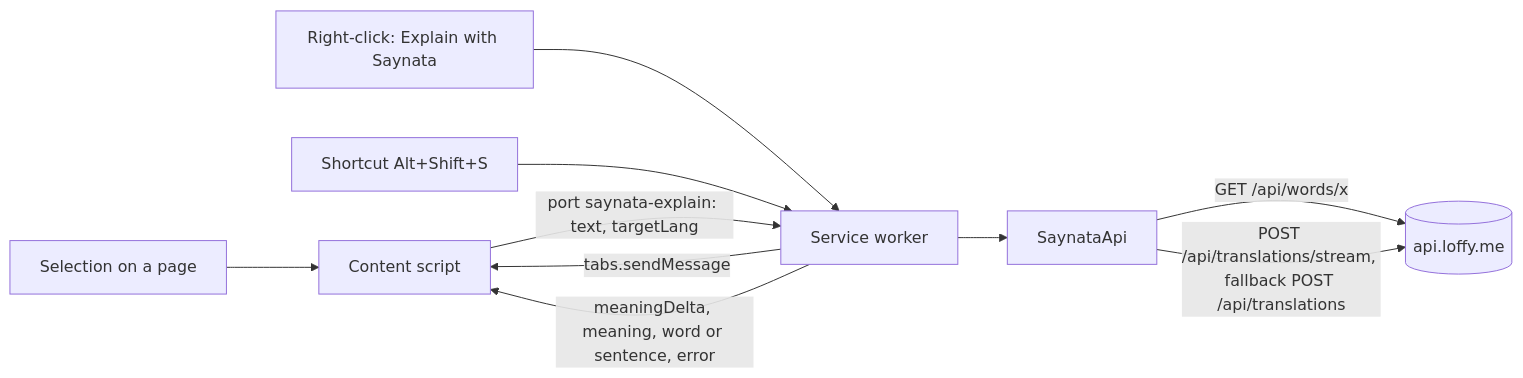
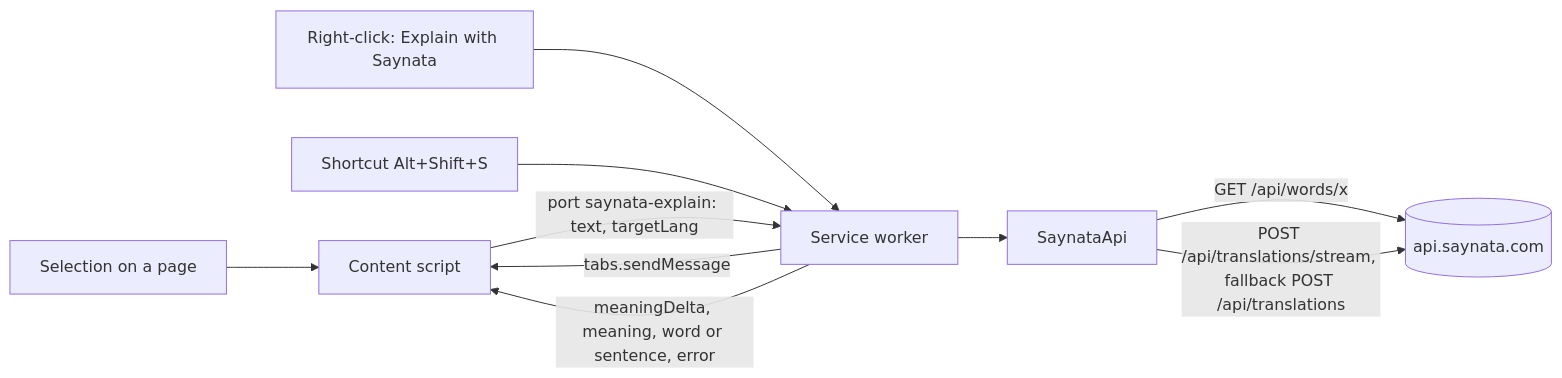
The first of 2 diagrams in backlog/docs/features/doc-19 - Browser-extension.md (tranphuocloc070699/saynata), drawn with Mermaid before and after one commit. The commit also changed other lines of this file and 50 other files, not shown here.

Commit message:
TASK-104: switch the code from loffy.me to saynata.com

````diff
--- a/backlog/docs/features/doc-19 - Browser-extension.md
+++ b/backlog/docs/features/doc-19 - Browser-extension.md
@@ -19,12 +19,12 @@
 ```mermaid
 flowchart LR
     U[Selection on a page] --> CS[Content script]
     M[Right-click: Explain with Saynata] --> SW
     K[Shortcut Alt+Shift+S] --> SW
     SW[Service worker] -->|tabs.sendMessage| CS
     CS -->|port saynata-explain: text, targetLang| SW
     SW --> API[SaynataApi]
-    API -->|GET /api/words/x| B[(api.loffy.me)]
+    API -->|GET /api/words/x| B[(api.saynata.com)]
     API -->|POST /api/translations/stream, fallback POST /api/translations| B
     SW -->|meaningDelta, meaning, word or sentence, error| CS
 ```
````
